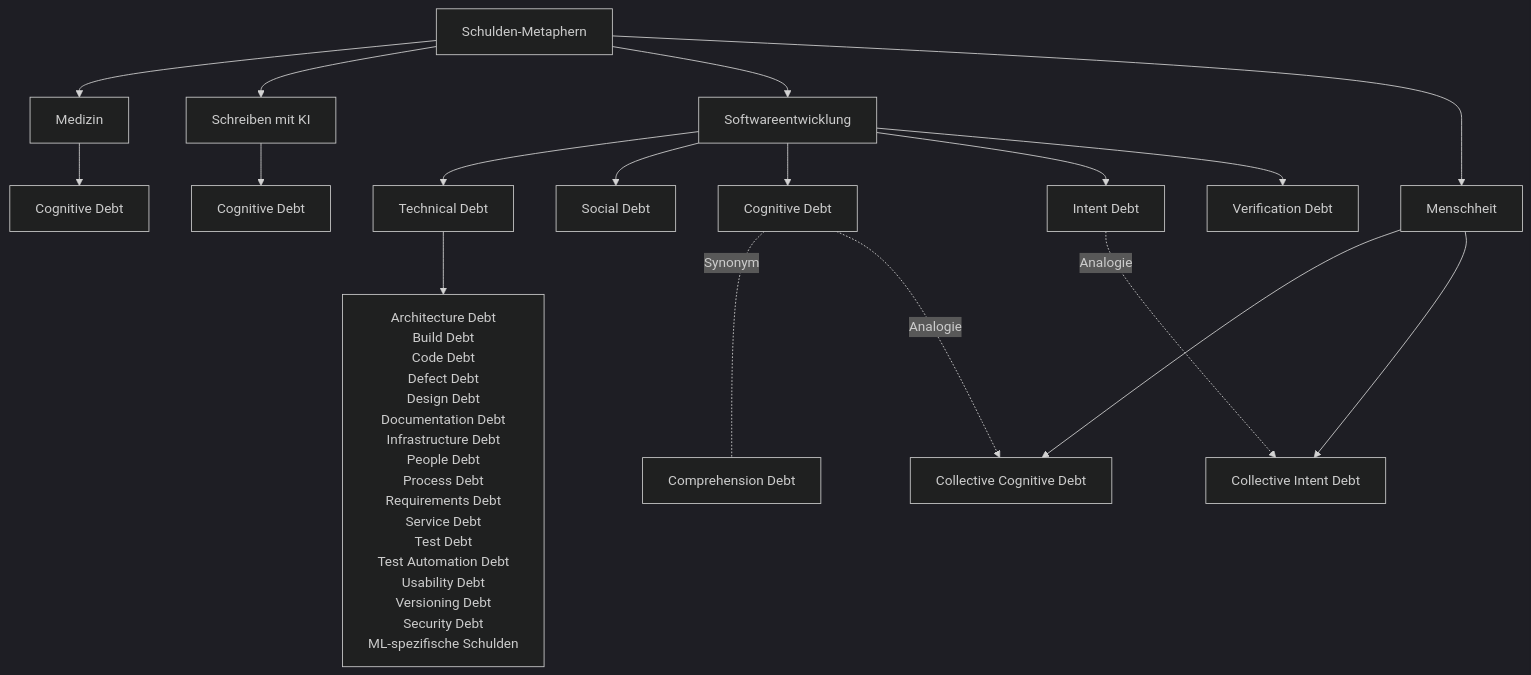
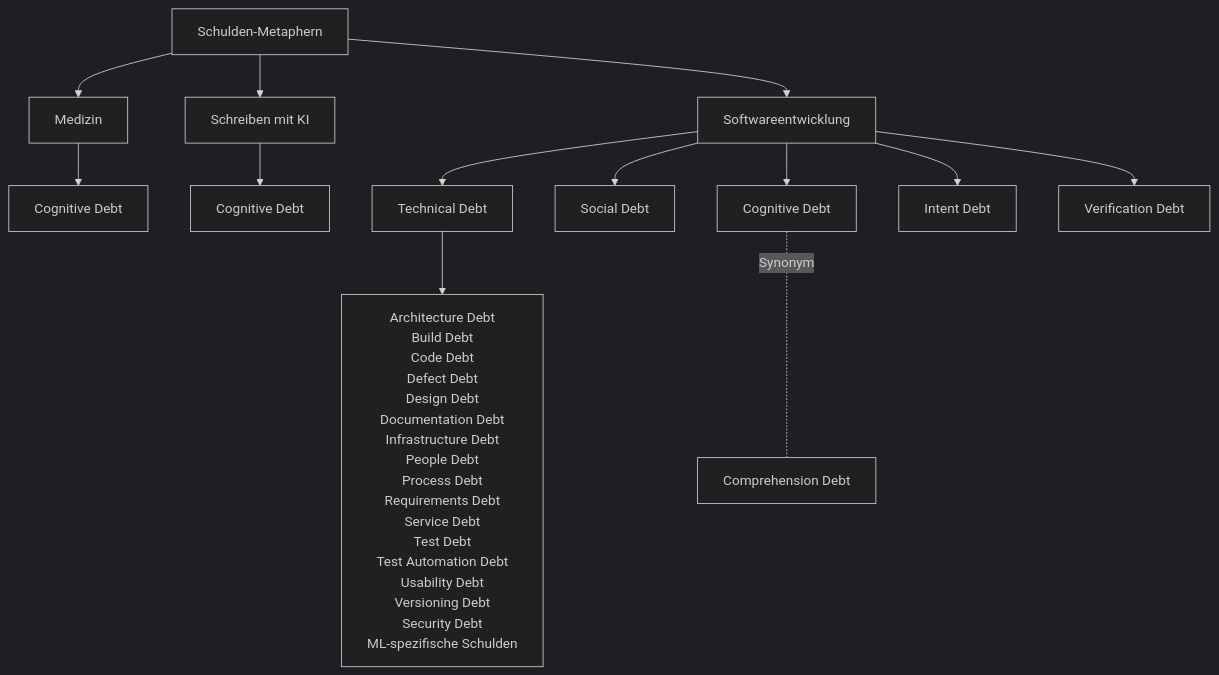
The diagram in src/site/notes/Zum Karnickelstall/1 - Final Check/Cognitive Debt.md (MarcellavonderWeppen/digitalgarden), drawn with Mermaid (dark theme) before and after one commit. The commit also changed other lines of this file and 3 other files, not shown here.

````diff
--- a/src/site/notes/Zum Karnickelstall/1 - Final Check/Cognitive Debt.md
+++ b/src/site/notes/Zum Karnickelstall/1 - Final Check/Cognitive Debt.md
@@ -113,27 +107,21 @@
 ```mermaid
 graph TD
   S["Schulden-Metaphern"]
 
   S --> MED["Medizin"]
   S --> LERN["Schreiben mit KI"]
   S --> SW["Softwareentwicklung"]
-  S --> GES["Menschheit"]
 
   MED --> CD1["Cognitive Debt"]
   LERN --> CD2["Cognitive Debt"]
 
   SW --> TD["Technical Debt"]
   SW --> SOC["Social Debt"]
   SW --> CD3["Cognitive Debt"]
   SW --> ID["Intent Debt"]
   SW --> VD["Verification Debt"]
 
   TD --> TDLIST["Architecture Debt<br/>Build Debt<br/>Code Debt<br/>Defect Debt<br/>Design Debt<br/>Documentation Debt<br/>Infrastructure Debt<br/>People Debt<br/>Process Debt<br/>Requirements Debt<br/>Service Debt<br/>Test Debt<br/>Test Automation Debt<br/>Usability Debt<br/>Versioning Debt<br/>Security Debt<br/>ML-spezifische Schulden"]
 
   CD3 -. "Synonym" .- COMP["Comprehension Debt"]
-
-  GES --> CCD["Collective Cognitive Debt"]
-  GES --> CID["Collective Intent Debt"]
-  CD3 -. "Analogie" .-> CCD
-  ID -. "Analogie" .-> CID
 ```
````
